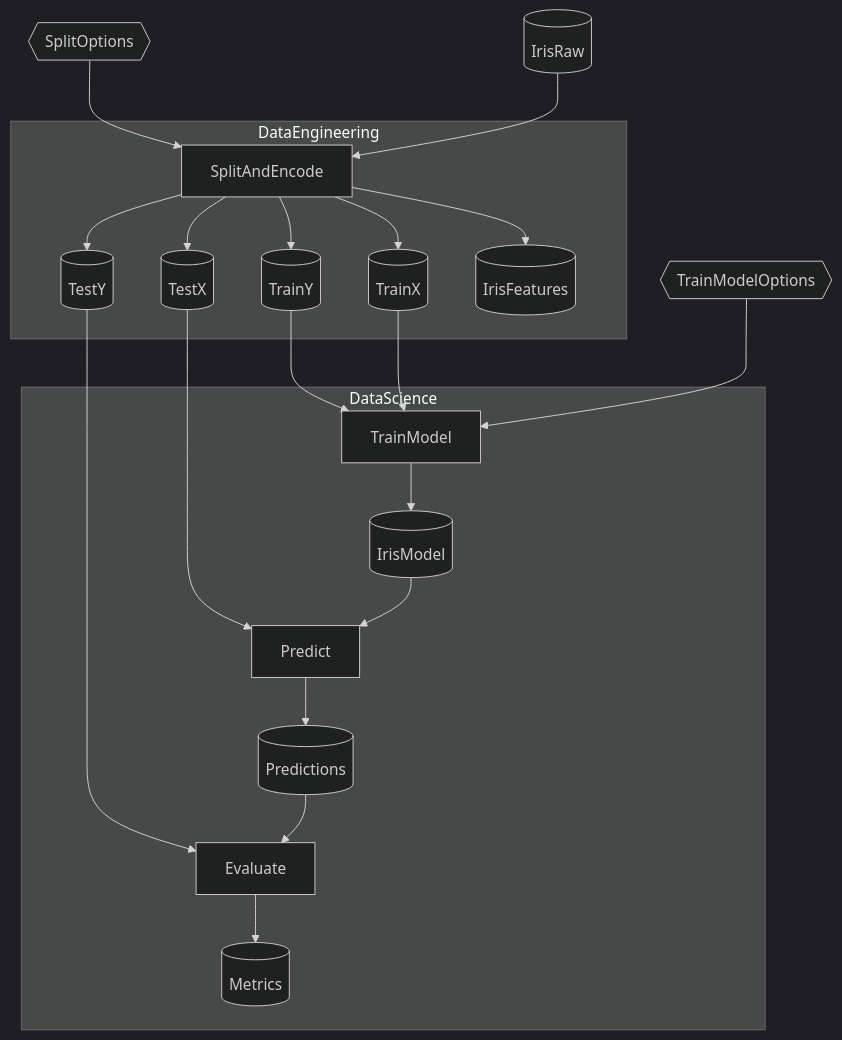
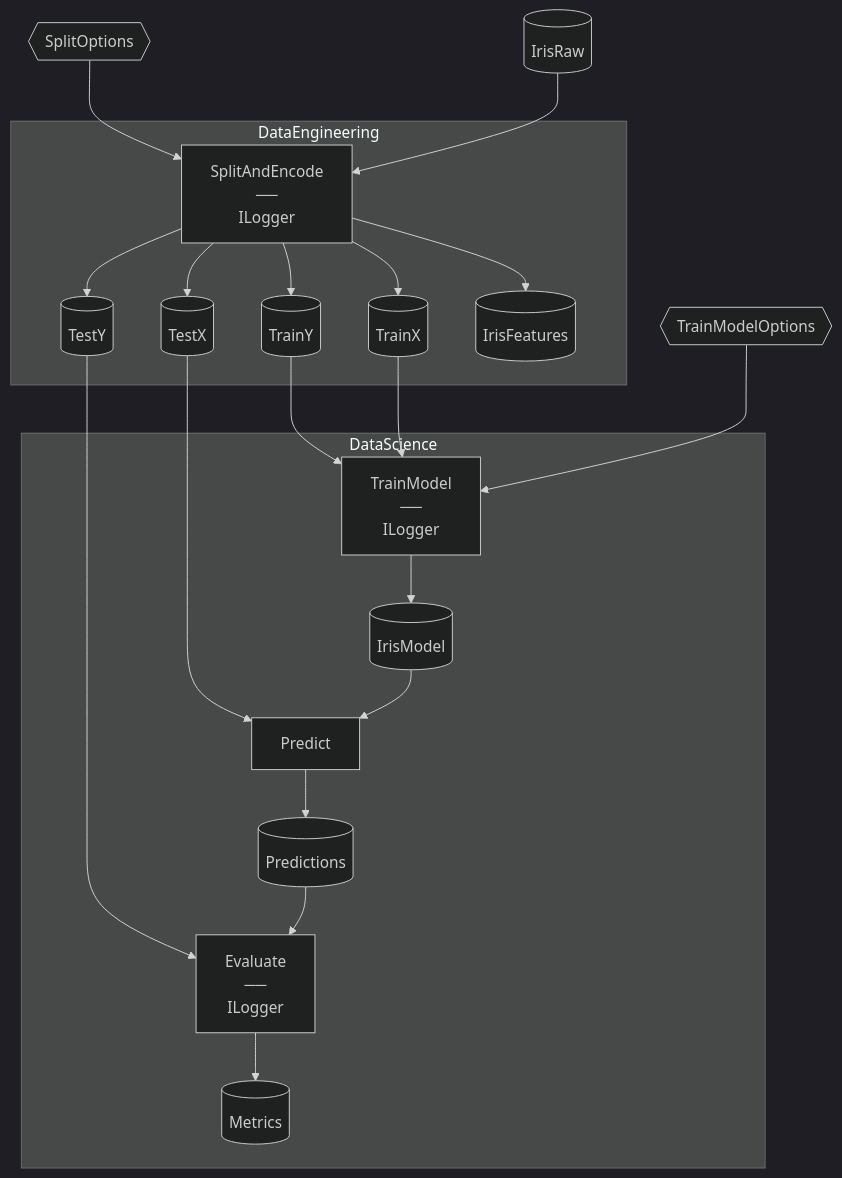
One commit to chaoticgoodcomputing/flowthru changed the diagram in examples/starter/Iris/README.md. Above: the diagram before and after it, drawn with Mermaid (dark theme). The commit also changed 16 other files, not shown here.

Commit message:
feat: mermaid split-diagrams for >3 flows in a DAG

````diff
--- a/examples/starter/Iris/README.md
+++ b/examples/starter/Iris/README.md
@@ -38,46 +38,46 @@
 ```mermaid
 flowchart TB
 
     %% External Data Inputs
     IrisRaw[("IrisRaw")]
     SplitOptions{{"SplitOptions"}}
     TrainModelOptions{{"TrainModelOptions"}}
 
     subgraph DataEngineering["DataEngineering"]
-        SplitAndEncode["SplitAndEncode"]
+        SplitAndEncode["SplitAndEncode<br>──<br>ILogger"]
         IrisFeatures[("IrisFeatures")]
         TrainX[("TrainX")]
         TrainY[("TrainY")]
         TestX[("TestX")]
         TestY[("TestY")]
     end
 
     subgraph DataScience["DataScience"]
-        TrainModel["TrainModel"]
+        TrainModel["TrainModel<br>──<br>ILogger"]
         IrisModel[("IrisModel")]
         Predict["Predict"]
         Predictions[("Predictions")]
-        Evaluate["Evaluate"]
+        Evaluate["Evaluate<br>──<br>ILogger"]
         Metrics[("Metrics")]
     end
 
     %% Edges
     IrisRaw --> SplitAndEncode
     SplitOptions --> SplitAndEncode
     SplitAndEncode --> IrisFeatures
     SplitAndEncode --> TrainX
     SplitAndEncode --> TrainY
     SplitAndEncode --> TestX
     SplitAndEncode --> TestY
     TrainX --> TrainModel
     TrainY --> TrainModel
     TrainModelOptions --> TrainModel
     TrainModel --> IrisModel
     IrisModel --> Predict
     TestX --> Predict
     Predict --> Predictions
     Predictions --> Evaluate
     TestY --> Evaluate
     Evaluate --> Metrics
 
 ```
````
